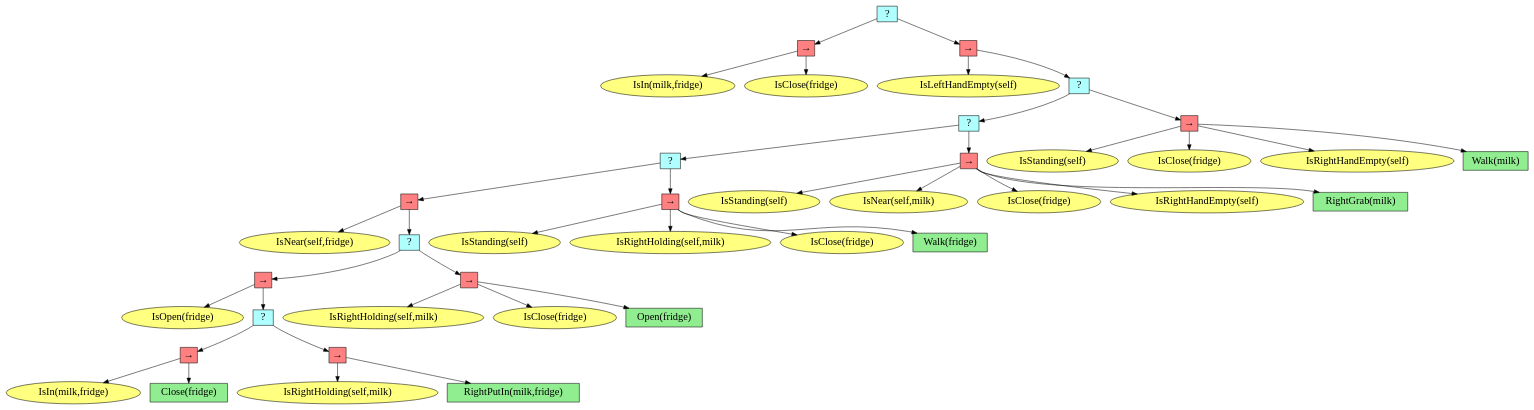
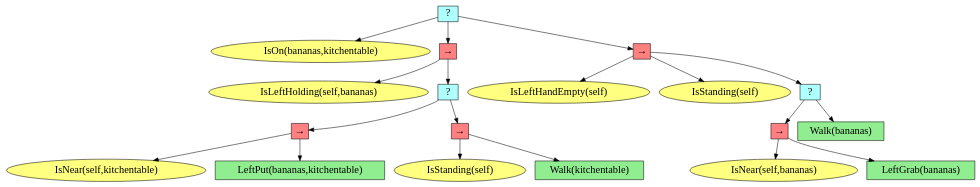
Before and after one commit to DIDS-EI/BTPG: the diagram in test_exp/behavior_tree.dot, drawn with Graphviz. The commit also changed 227 other files, not shown here.

```diff
--- a/test_exp/behavior_tree.dot
+++ b/test_exp/behavior_tree.dot
@@ -3,85 +3,41 @@
 graph [fontname="times-roman"];
 node [fontname="times-roman"];
 edge [fontname="times-roman"];
-"0ff2f29c-59ca-404a-91df-083d7f1b46c2" [fillcolor="#B0FFFF", fontcolor=black, fontsize=20, height=0.01, label=" ? ", shape=box, style=filled, width=0.01];
-"c3eb1a31-4313-4d1c-be7a-06699e86dfc3" [fillcolor="#FF8080", fontcolor=black, fontsize=20, height=0.01, label="&rarr;", shape=box, style=filled, width=0.01];
-"0ff2f29c-59ca-404a-91df-083d7f1b46c2" -> "c3eb1a31-4313-4d1c-be7a-06699e86dfc3";
-"401156fb-dd53-4c6d-8c5a-5f727b43e193" [fillcolor="#FFFF80", fontcolor=black, fontsize=20, label="IsIn(milk,fridge)", shape=ellipse, style=filled];
-"c3eb1a31-4313-4d1c-be7a-06699e86dfc3" -> "401156fb-dd53-4c6d-8c5a-5f727b43e193";
-"8f191f82-4836-48e1-b51f-83f53a5484be" [fillcolor="#FFFF80", fontcolor=black, fontsize=20, label="IsClose(fridge)", shape=ellipse, style=filled];
-"c3eb1a31-4313-4d1c-be7a-06699e86dfc3" -> "8f191f82-4836-48e1-b51f-83f53a5484be";
-"5f762901-cb84-4e6f-96b3-1f6f1cc7e2ce" [fillcolor="#FF8080", fontcolor=black, fontsize=20, height=0.01, label="&rarr;", shape=box, style=filled, width=0.01];
-"0ff2f29c-59ca-404a-91df-083d7f1b46c2" -> "5f762901-cb84-4e6f-96b3-1f6f1cc7e2ce";
-"1b27dd26-4c40-42d9-aa45-86ad0919f6d0" [fillcolor="#FFFF80", fontcolor=black, fontsize=20, label="IsLeftHandEmpty(self)", shape=ellipse, style=filled];
-"5f762901-cb84-4e6f-96b3-1f6f1cc7e2ce" -> "1b27dd26-4c40-42d9-aa45-86ad0919f6d0";
-"0fd3e705-dbc1-4725-85dd-41757e824dd5" [fillcolor="#B0FFFF", fontcolor=black, fontsize=20, height=0.01, label=" ? ", shape=box, style=filled, width=0.01];
-"5f762901-cb84-4e6f-96b3-1f6f1cc7e2ce" -> "0fd3e705-dbc1-4725-85dd-41757e824dd5";
-"685adf4d-1df5-4803-836e-9c69271d6c0b" [fillcolor="#B0FFFF", fontcolor=black, fontsize=20, height=0.01, label=" ? ", shape=box, style=filled, width=0.01];
-"0fd3e705-dbc1-4725-85dd-41757e824dd5" -> "685adf4d-1df5-4803-836e-9c69271d6c0b";
-"ab850faf-9b66-41be-aaf3-32202649e696" [fillcolor="#B0FFFF", fontcolor=black, fontsize=20, height=0.01, label=" ? ", shape=box, style=filled, width=0.01];
-"685adf4d-1df5-4803-836e-9c69271d6c0b" -> "ab850faf-9b66-41be-aaf3-32202649e696";
-"b70e05e9-beda-42d8-8840-db8956a49770" [fillcolor="#FF8080", fontcolor=black, fontsize=20, height=0.01, label="&rarr;", shape=box, style=filled, width=0.01];
-"ab850faf-9b66-41be-aaf3-32202649e696" -> "b70e05e9-beda-42d8-8840-db8956a49770";
-"69596cab-0ec0-4671-ad32-7f65caf12cbc" [fillcolor="#FFFF80", fontcolor=black, fontsize=20, label="IsNear(self,fridge)", shape=ellipse, style=filled];
-"b70e05e9-beda-42d8-8840-db8956a49770" -> "69596cab-0ec0-4671-ad32-7f65caf12cbc";
-"817ec892-dbf3-4245-bdfb-0e2dbce65e16" [fillcolor="#B0FFFF", fontcolor=black, fontsize=20, height=0.01, label=" ? ", shape=box, style=filled, width=0.01];
-"b70e05e9-beda-42d8-8840-db8956a49770" -> "817ec892-dbf3-4245-bdfb-0e2dbce65e16";
-"c7af506c-df6f-49f1-9744-16bbf092ebf1" [fillcolor="#FF8080", fontcolor=black, fontsize=20, height=0.01, label="&rarr;", shape=box, style=filled, width=0.01];
-"817ec892-dbf3-4245-bdfb-0e2dbce65e16" -> "c7af506c-df6f-49f1-9744-16bbf092ebf1";
-"b981520e-1a88-40a8-b967-018bf059b78b" [fillcolor="#FFFF80", fontcolor=black, fontsize=20, label="IsOpen(fridge)", shape=ellipse, style=filled];
-"c7af506c-df6f-49f1-9744-16bbf092ebf1" -> "b981520e-1a88-40a8-b967-018bf059b78b";
-"7f4b3de4-1c81-4456-8762-7e232778a9d6" [fillcolor="#B0FFFF", fontcolor=black, fontsize=20, height=0.01, label=" ? ", shape=box, style=filled, width=0.01];
-"c7af506c-df6f-49f1-9744-16bbf092ebf1" -> "7f4b3de4-1c81-4456-8762-7e232778a9d6";
-"da593a9e-6f53-44f1-a4e6-8fd1f084dfba" [fillcolor="#FF8080", fontcolor=black, fontsize=20, height=0.01, label="&rarr;", shape=box, style=filled, width=0.01];
-"7f4b3de4-1c81-4456-8762-7e232778a9d6" -> "da593a9e-6f53-44f1-a4e6-8fd1f084dfba";
-"a1940e10-a96b-4ae4-89ab-c658bd7961f8" [fillcolor="#FFFF80", fontcolor=black, fontsize=20, label="IsIn(milk,fridge)", shape=ellipse, style=filled];
-"da593a9e-6f53-44f1-a4e6-8fd1f084dfba" -> "a1940e10-a96b-4ae4-89ab-c658bd7961f8";
-"fd289a88-9152-4d20-8d91-06b38004735f" [fillcolor=lightgreen, fontcolor=black, fontsize=20, label="Close(fridge)", shape=box, style=filled];
-"da593a9e-6f53-44f1-a4e6-8fd1f084dfba" -> "fd289a88-9152-4d20-8d91-06b38004735f";
-"4563b2f2-75dd-4046-b034-5eb0f02f7e1f" [fillcolor="#FF8080", fontcolor=black, fontsize=20, height=0.01, label="&rarr;", shape=box, style=filled, width=0.01];
-"7f4b3de4-1c81-4456-8762-7e232778a9d6" -> "4563b2f2-75dd-4046-b034-5eb0f02f7e1f";
-"68ced8db-cd13-47af-8822-065a961b6999" [fillcolor="#FFFF80", fontcolor=black, fontsize=20, label="IsRightHolding(self,milk)", shape=ellipse, style=filled];
-"4563b2f2-75dd-4046-b034-5eb0f02f7e1f" -> "68ced8db-cd13-47af-8822-065a961b6999";
-"6dbd1de2-cbdd-4cb2-8a7f-d1746c42a6fa" [fillcolor=lightgreen, fontcolor=black, fontsize=20, label="RightPutIn(milk,fridge)", shape=box, style=filled];
-"4563b2f2-75dd-4046-b034-5eb0f02f7e1f" -> "6dbd1de2-cbdd-4cb2-8a7f-d1746c42a6fa";
-"d0820be3-59bb-4898-a679-fa1df1afa149" [fillcolor="#FF8080", fontcolor=black, fontsize=20, height=0.01, label="&rarr;", shape=box, style=filled, width=0.01];
-"817ec892-dbf3-4245-bdfb-0e2dbce65e16" -> "d0820be3-59bb-4898-a679-fa1df1afa149";
-"a838ea8b-6305-4949-a590-649f6d9fbccf" [fillcolor="#FFFF80", fontcolor=black, fontsize=20, label="IsRightHolding(self,milk)", shape=ellipse, style=filled];
-"d0820be3-59bb-4898-a679-fa1df1afa149" -> "a838ea8b-6305-4949-a590-649f6d9fbccf";
-"e21c2ebb-3f09-4d83-8421-b1edd1f13996" [fillcolor="#FFFF80", fontcolor=black, fontsize=20, label="IsClose(fridge)", shape=ellipse, style=filled];
-"d0820be3-59bb-4898-a679-fa1df1afa149" -> "e21c2ebb-3f09-4d83-8421-b1edd1f13996";
-"3ef00666-3b84-4520-846e-f2b592624518" [fillcolor=lightgreen, fontcolor=black, fontsize=20, label="Open(fridge)", shape=box, style=filled];
-"d0820be3-59bb-4898-a679-fa1df1afa149" -> "3ef00666-3b84-4520-846e-f2b592624518";
-"9b314b5e-7750-4e94-bbcc-5f23d82e69c0" [fillcolor="#FF8080", fontcolor=black, fontsize=20, height=0.01, label="&rarr;", shape=box, style=filled, width=0.01];
-"ab850faf-9b66-41be-aaf3-32202649e696" -> "9b314b5e-7750-4e94-bbcc-5f23d82e69c0";
-"59c1613a-b11c-4503-ae8b-3d77b8984d46" [fillcolor="#FFFF80", fontcolor=black, fontsize=20, label="IsStanding(self)", shape=ellipse, style=filled];
-"9b314b5e-7750-4e94-bbcc-5f23d82e69c0" -> "59c1613a-b11c-4503-ae8b-3d77b8984d46";
-"f864b317-6fd1-43d6-a667-d4da5a1dc3ae" [fillcolor="#FFFF80", fontcolor=black, fontsize=20, label="IsRightHolding(self,milk)", shape=ellipse, style=filled];
-"9b314b5e-7750-4e94-bbcc-5f23d82e69c0" -> "f864b317-6fd1-43d6-a667-d4da5a1dc3ae";
-"13d9dc1b-8791-4306-a2c7-317abd56e20b" [fillcolor="#FFFF80", fontcolor=black, fontsize=20, label="IsClose(fridge)", shape=ellipse, style=filled];
-"9b314b5e-7750-4e94-bbcc-5f23d82e69c0" -> "13d9dc1b-8791-4306-a2c7-317abd56e20b";
-"d31b6991-ad59-471a-ab4a-adda00483f11" [fillcolor=lightgreen, fontcolor=black, fontsize=20, label="Walk(fridge)", shape=box, style=filled];
-"9b314b5e-7750-4e94-bbcc-5f23d82e69c0" -> "d31b6991-ad59-471a-ab4a-adda00483f11";
-"57ce2600-f282-44b9-91f8-8449b9b641ac" [fillcolor="#FF8080", fontcolor=black, fontsize=20, height=0.01, label="&rarr;", shape=box, style=filled, width=0.01];
-"685adf4d-1df5-4803-836e-9c69271d6c0b" -> "57ce2600-f282-44b9-91f8-8449b9b641ac";
-"b7dd797f-4322-4c73-97fe-657ac742cd75" [fillcolor="#FFFF80", fontcolor=black, fontsize=20, label="IsStanding(self)", shape=ellipse, style=filled];
-"57ce2600-f282-44b9-91f8-8449b9b641ac" -> "b7dd797f-4322-4c73-97fe-657ac742cd75";
-"9db701c7-01a0-4673-8d5c-7a02c5cde3a6" [fillcolor="#FFFF80", fontcolor=black, fontsize=20, label="IsNear(self,milk)", shape=ellipse, style=filled];
-"57ce2600-f282-44b9-91f8-8449b9b641ac" -> "9db701c7-01a0-4673-8d5c-7a02c5cde3a6";
-"e22f8a23-3070-4776-8a02-40f4515df3ee" [fillcolor="#FFFF80", fontcolor=black, fontsize=20, label="IsClose(fridge)", shape=ellipse, style=filled];
-"57ce2600-f282-44b9-91f8-8449b9b641ac" -> "e22f8a23-3070-4776-8a02-40f4515df3ee";
-"76ba2d7a-49b1-4285-9081-1ee9f1537638" [fillcolor="#FFFF80", fontcolor=black, fontsize=20, label="IsRightHandEmpty(self)", shape=ellipse, style=filled];
-"57ce2600-f282-44b9-91f8-8449b9b641ac" -> "76ba2d7a-49b1-4285-9081-1ee9f1537638";
-"786592c6-c692-4369-b166-f194b1c31be8" [fillcolor=lightgreen, fontcolor=black, fontsize=20, label="RightGrab(milk)", shape=box, style=filled];
-"57ce2600-f282-44b9-91f8-8449b9b641ac" -> "786592c6-c692-4369-b166-f194b1c31be8";
-"d3045aaa-f122-4e0f-a38e-bea86d0a59ae" [fillcolor="#FF8080", fontcolor=black, fontsize=20, height=0.01, label="&rarr;", shape=box, style=filled, width=0.01];
-"0fd3e705-dbc1-4725-85dd-41757e824dd5" -> "d3045aaa-f122-4e0f-a38e-bea86d0a59ae";
-"ef1f7859-540e-4bfe-81b8-d060cce4ebba" [fillcolor="#FFFF80", fontcolor=black, fontsize=20, label="IsStanding(self)", shape=ellipse, style=filled];
-"d3045aaa-f122-4e0f-a38e-bea86d0a59ae" -> "ef1f7859-540e-4bfe-81b8-d060cce4ebba";
-"61d09edc-78b8-4f49-96b7-b09503c78679" [fillcolor="#FFFF80", fontcolor=black, fontsize=20, label="IsClose(fridge)", shape=ellipse, style=filled];
-"d3045aaa-f122-4e0f-a38e-bea86d0a59ae" -> "61d09edc-78b8-4f49-96b7-b09503c78679";
-"0f492044-505e-48a5-9297-11d9d7005b55" [fillcolor="#FFFF80", fontcolor=black, fontsize=20, label="IsRightHandEmpty(self)", shape=ellipse, style=filled];
-"d3045aaa-f122-4e0f-a38e-bea86d0a59ae" -> "0f492044-505e-48a5-9297-11d9d7005b55";
-"f0b0ee58-ade6-4736-89fa-31aa492429a0" [fillcolor=lightgreen, fontcolor=black, fontsize=20, label="Walk(milk)", shape=box, style=filled];
-"d3045aaa-f122-4e0f-a38e-bea86d0a59ae" -> "f0b0ee58-ade6-4736-89fa-31aa492429a0";
+"9726e05d-5f2e-4329-9b06-cbf2c1a5c4d9" [fillcolor="#B0FFFF", fontcolor=black, fontsize=20, height=0.01, label=" ? ", shape=box, style=filled, width=0.01];
+"fba5e95b-c45f-4d5e-8187-5673849aac73" [fillcolor="#FFFF80", fontcolor=black, fontsize=20, label="IsOn(bananas,kitchentable)", shape=ellipse, style=filled];
+"9726e05d-5f2e-4329-9b06-cbf2c1a5c4d9" -> "fba5e95b-c45f-4d5e-8187-5673849aac73";
+"3b19958e-0212-4315-b407-ae72c67581b0" [fillcolor="#FF8080", fontcolor=black, fontsize=20, height=0.01, label="&rarr;", shape=box, style=filled, width=0.01];
+"9726e05d-5f2e-4329-9b06-cbf2c1a5c4d9" -> "3b19958e-0212-4315-b407-ae72c67581b0";
+"54ca1fad-7852-4351-9ece-2fd6727cac2e" [fillcolor="#FFFF80", fontcolor=black, fontsize=20, label="IsLeftHolding(self,bananas)", shape=ellipse, style=filled];
+"3b19958e-0212-4315-b407-ae72c67581b0" -> "54ca1fad-7852-4351-9ece-2fd6727cac2e";
+"153a4260-37f1-4c4b-837e-fdb63b5b8a30" [fillcolor="#B0FFFF", fontcolor=black, fontsize=20, height=0.01, label=" ? ", shape=box, style=filled, width=0.01];
+"3b19958e-0212-4315-b407-ae72c67581b0" -> "153a4260-37f1-4c4b-837e-fdb63b5b8a30";
+"0c6ca9f7-2f4e-4184-9ff2-93fc9e5dc652" [fillcolor="#FF8080", fontcolor=black, fontsize=20, height=0.01, label="&rarr;", shape=box, style=filled, width=0.01];
+"153a4260-37f1-4c4b-837e-fdb63b5b8a30" -> "0c6ca9f7-2f4e-4184-9ff2-93fc9e5dc652";
+"00aeec8d-b949-4cf0-83dc-881913cb11f4" [fillcolor="#FFFF80", fontcolor=black, fontsize=20, label="IsNear(self,kitchentable)", shape=ellipse, style=filled];
+"0c6ca9f7-2f4e-4184-9ff2-93fc9e5dc652" -> "00aeec8d-b949-4cf0-83dc-881913cb11f4";
+"6630bf5e-14f0-4802-aae5-957183fd17e4" [fillcolor=lightgreen, fontcolor=black, fontsize=20, label="LeftPut(bananas,kitchentable)", shape=box, style=filled];
+"0c6ca9f7-2f4e-4184-9ff2-93fc9e5dc652" -> "6630bf5e-14f0-4802-aae5-957183fd17e4";
+"91ef9767-fa3c-4324-9adc-6dbd574729c2" [fillcolor="#FF8080", fontcolor=black, fontsize=20, height=0.01, label="&rarr;", shape=box, style=filled, width=0.01];
+"153a4260-37f1-4c4b-837e-fdb63b5b8a30" -> "91ef9767-fa3c-4324-9adc-6dbd574729c2";
+"46880007-e0c9-4b58-a2a9-764115561b7c" [fillcolor="#FFFF80", fontcolor=black, fontsize=20, label="IsStanding(self)", shape=ellipse, style=filled];
+"91ef9767-fa3c-4324-9adc-6dbd574729c2" -> "46880007-e0c9-4b58-a2a9-764115561b7c";
+"185e68b5-5cbc-4c53-8233-07899a71fc20" [fillcolor=lightgreen, fontcolor=black, fontsize=20, label="Walk(kitchentable)", shape=box, style=filled];
+"91ef9767-fa3c-4324-9adc-6dbd574729c2" -> "185e68b5-5cbc-4c53-8233-07899a71fc20";
+"30ab2938-d422-4f88-ab6b-439b24b48078" [fillcolor="#FF8080", fontcolor=black, fontsize=20, height=0.01, label="&rarr;", shape=box, style=filled, width=0.01];
+"9726e05d-5f2e-4329-9b06-cbf2c1a5c4d9" -> "30ab2938-d422-4f88-ab6b-439b24b48078";
+"90ae98be-5763-4a0b-adcd-9848d9272d04" [fillcolor="#FFFF80", fontcolor=black, fontsize=20, label="IsLeftHandEmpty(self)", shape=ellipse, style=filled];
+"30ab2938-d422-4f88-ab6b-439b24b48078" -> "90ae98be-5763-4a0b-adcd-9848d9272d04";
+"8e0349a5-ea0f-469b-8828-54f8ea74ecc5" [fillcolor="#FFFF80", fontcolor=black, fontsize=20, label="IsStanding(self)", shape=ellipse, style=filled];
+"30ab2938-d422-4f88-ab6b-439b24b48078" -> "8e0349a5-ea0f-469b-8828-54f8ea74ecc5";
+"fd87dcb6-5e43-400e-aaa4-0bebd517f3dd" [fillcolor="#B0FFFF", fontcolor=black, fontsize=20, height=0.01, label=" ? ", shape=box, style=filled, width=0.01];
+"30ab2938-d422-4f88-ab6b-439b24b48078" -> "fd87dcb6-5e43-400e-aaa4-0bebd517f3dd";
+"fb9430c1-78cb-4e54-9623-4f03c2ca51ec" [fillcolor="#FF8080", fontcolor=black, fontsize=20, height=0.01, label="&rarr;", shape=box, style=filled, width=0.01];
+"fd87dcb6-5e43-400e-aaa4-0bebd517f3dd" -> "fb9430c1-78cb-4e54-9623-4f03c2ca51ec";
+"9a9f968c-222f-4191-8d5d-709cd252dc4e" [fillcolor="#FFFF80", fontcolor=black, fontsize=20, label="IsNear(self,bananas)", shape=ellipse, style=filled];
+"fb9430c1-78cb-4e54-9623-4f03c2ca51ec" -> "9a9f968c-222f-4191-8d5d-709cd252dc4e";
+"9f8dd882-bf4b-4b8a-a3e4-8180e9c98940" [fillcolor=lightgreen, fontcolor=black, fontsize=20, label="LeftGrab(bananas)", shape=box, style=filled];
+"fb9430c1-78cb-4e54-9623-4f03c2ca51ec" -> "9f8dd882-bf4b-4b8a-a3e4-8180e9c98940";
+"da7c9395-0703-4b87-aab2-61df7e3e3a8d" [fillcolor=lightgreen, fontcolor=black, fontsize=20, label="Walk(bananas)", shape=box, style=filled];
+"fd87dcb6-5e43-400e-aaa4-0bebd517f3dd" -> "da7c9395-0703-4b87-aab2-61df7e3e3a8d";
 }
```
